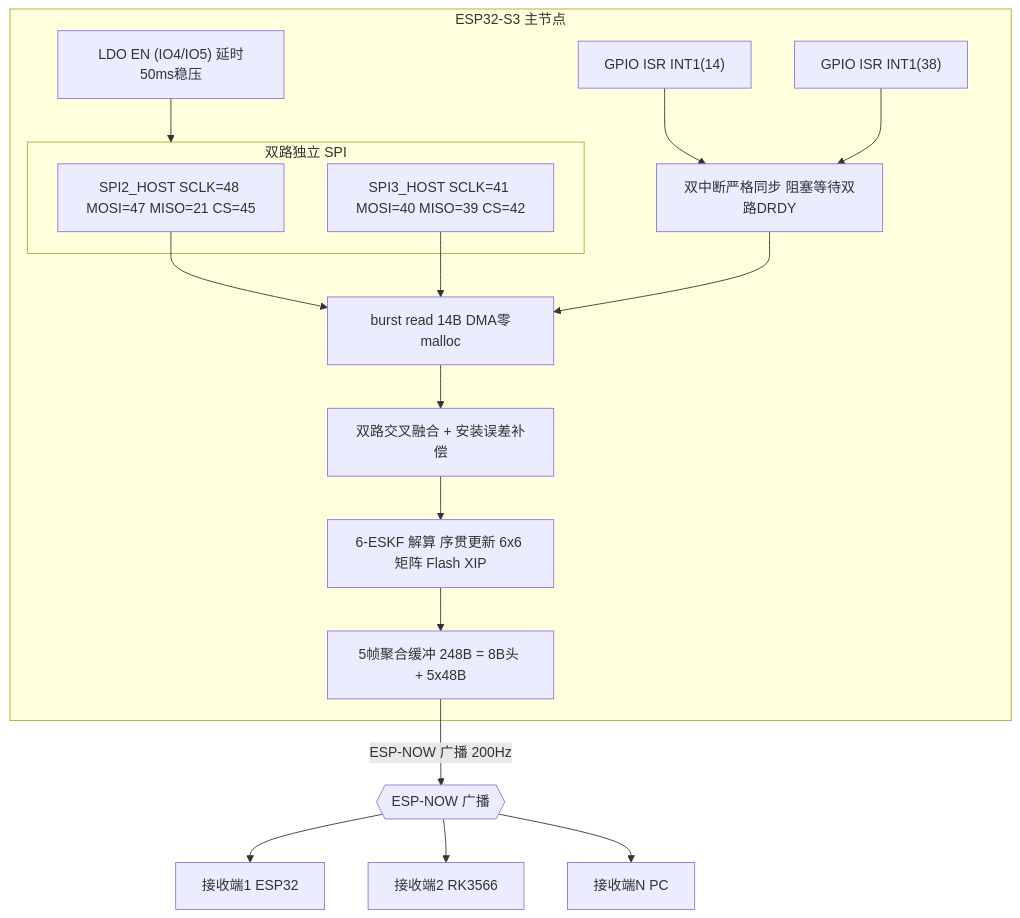
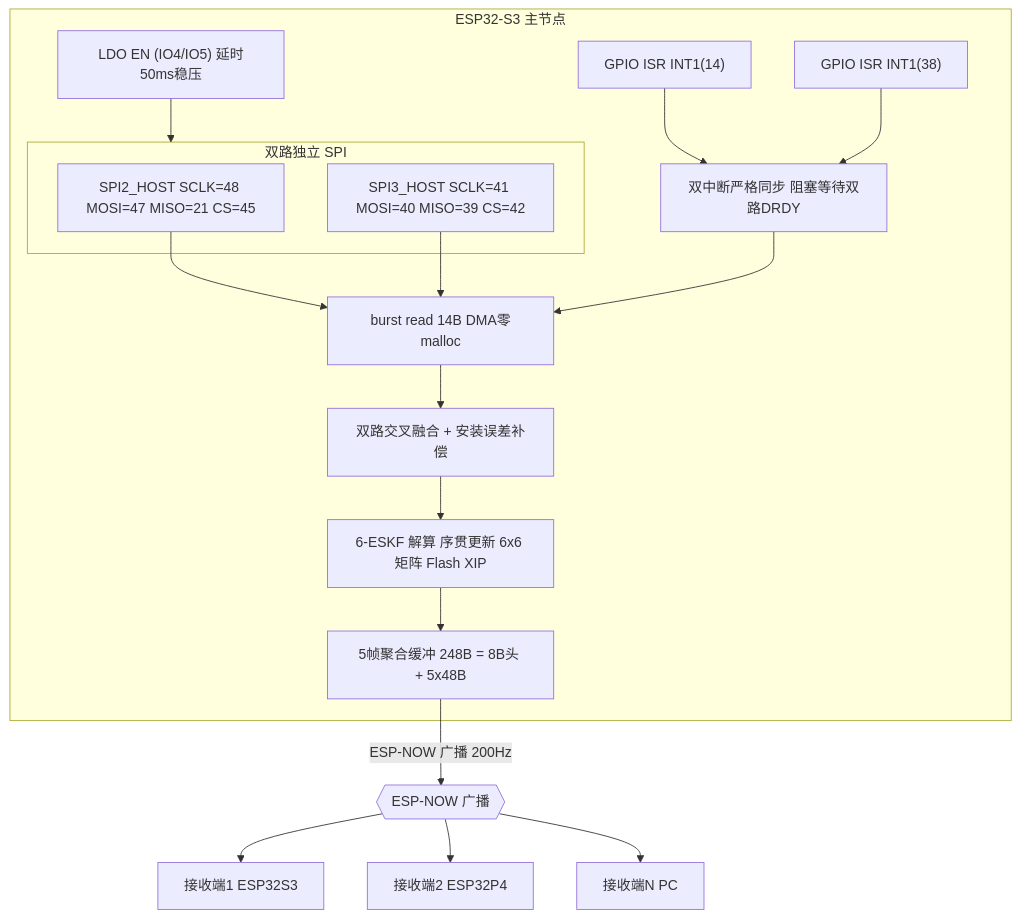
Before and after one commit to yangcong-bit/ESP_ICM42688: the first of 3 diagrams in README.md, drawn with Mermaid. The commit also changed other lines of this file and 2 other files, not shown here.

Commit message:
fix: 修正 16MB PSRAM 物理驱动为 Octal 八线模式，解决上电 Panic 崩溃

````diff
--- a/README.md
+++ b/README.md
@@ -77,26 +77,26 @@
 ```mermaid
 flowchart TB
     subgraph ESP32S3["ESP32-S3 主节点"]
         LDO["LDO EN (IO4/IO5) 延时50ms稳压"] --> SPI_INIT
 
         subgraph SPI_INIT["双路独立 SPI"]
             SPI2["SPI2_HOST SCLK=48 MOSI=47 MISO=21 CS=45"]
             SPI3["SPI3_HOST SCLK=41 MOSI=40 MISO=39 CS=42"]
         end
 
         ISR_A["GPIO ISR INT1(14)"] --> SYNC_DUAL["双中断严格同步 阻塞等待双路DRDY"]
         ISR_B["GPIO ISR INT1(38)"] --> SYNC_DUAL
 
         SPI2 --> READ["burst read 14B DMA零malloc"]
         SPI3 --> READ
 
         SYNC_DUAL --> READ --> FUSE["双路交叉融合 + 安装误差补偿"]
         FUSE --> ESKF["6-ESKF 解算 序贯更新 6x6 矩阵 Flash XIP"]
         ESKF --> AGG["5帧聚合缓冲 248B = 8B头 + 5x48B"]
     end
 
     AGG -->|"ESP-NOW 广播 200Hz"| BC{{"ESP-NOW 广播"}}
-    BC --> R1["接收端1 ESP32"]
-    BC --> R2["接收端2 RK3566"]
+    BC --> R1["接收端1 ESP32S3"]
+    BC --> R2["接收端2 ESP32P4"]
     BC --> RN["接收端N PC"]
 ```
````
